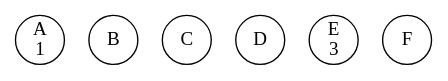
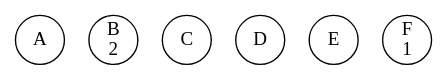
The diagram in concurrency-lab-2/bank/out/0000000001.gv (li23179/GO), drawn with Graphviz before and after one commit. The commit also changed 24 other files, not shown here.

```diff
--- a/concurrency-lab-2/bank/out/0000000001.gv
+++ b/concurrency-lab-2/bank/out/0000000001.gv
@@ -1,8 +1,8 @@
 digraph bank {
-	 0 [label= "A\n1" , pos= "1,0!" , shape=circle, fixedsize=true, width=0.5 ]
-	 1 [label= "B\n" , pos= "0,1!" , shape=circle, fixedsize=true, width=0.5 ]
+	 0 [label= "A\n" , pos= "1,0!" , shape=circle, fixedsize=true, width=0.5 ]
+	 1 [label= "B\n2" , pos= "0,1!" , shape=circle, fixedsize=true, width=0.5 ]
 	 2 [label= "C\n" , pos= "1,2!" , shape=circle, fixedsize=true, width=0.5 ]
 	 3 [label= "D\n" , pos= "2,2!" , shape=circle, fixedsize=true, width=0.5 ]
-	 4 [label= "E\n3" , pos= "3,1!" , shape=circle, fixedsize=true, width=0.5 ]
-	 5 [label= "F\n" , pos= "2,0!" , shape=circle, fixedsize=true, width=0.5 ]
+	 4 [label= "E\n" , pos= "3,1!" , shape=circle, fixedsize=true, width=0.5 ]
+	 5 [label= "F\n1" , pos= "2,0!" , shape=circle, fixedsize=true, width=0.5 ]
 }
```
